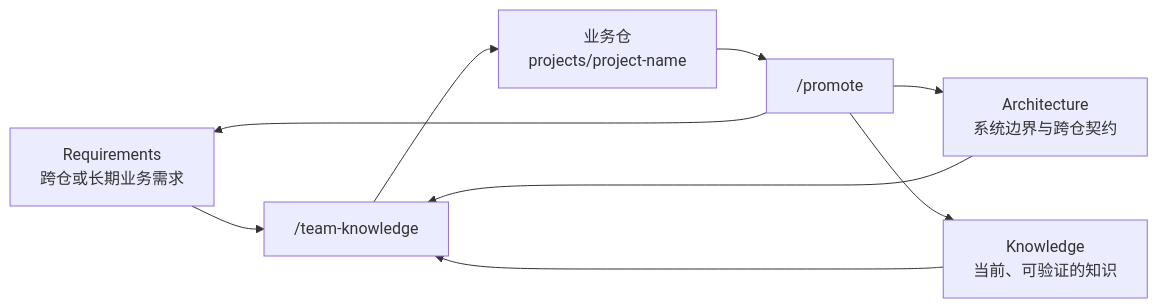
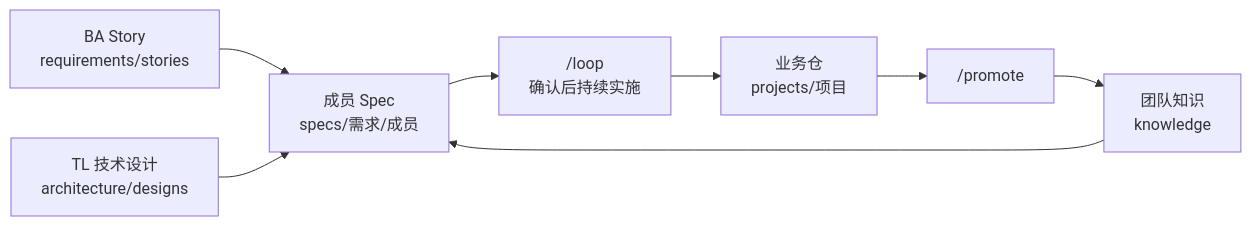
Before and after one commit to CodeHero0x0/saber: the diagram in README.md, drawn with Mermaid. The commit also changed other lines of this file and 25 other files, not shown here.

````diff
--- a/README.md
+++ b/README.md
@@ -7,18 +7,18 @@
 ```mermaid
 flowchart LR
-  R["Requirements<br/>跨仓或长期业务需求"]
-  A["Architecture<br/>系统边界与跨仓契约"]
-  K["Knowledge<br/>当前、可验证的知识"]
-  T["/team-knowledge"]
-  P["业务仓<br/>projects/project-name"]
+  BA["BA Story<br/>requirements/stories"]
+  TL["TL 技术设计<br/>architecture/designs"]
+  K["团队知识<br/>knowledge"]
+  S["成员 Spec<br/>specs/需求/成员"]
+  L["/loop<br/>确认后持续实施"]
+  P["业务仓<br/>projects/项目"]
   M["/promote"]
 
-  R --> T
-  A --> T
-  K --> T
-  T --> P
+  BA --> S
+  TL --> S
+  K --> S
+  S --> L
+  L --> P
   P --> M
-  M --> R
-  M --> A
   M --> K
 ```
````
